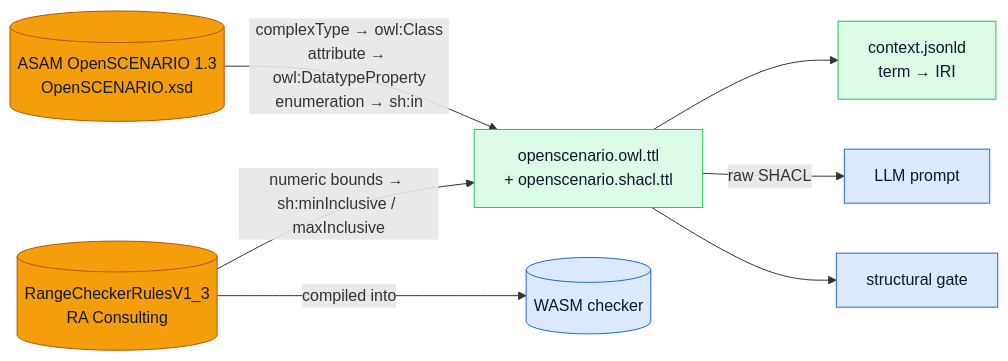
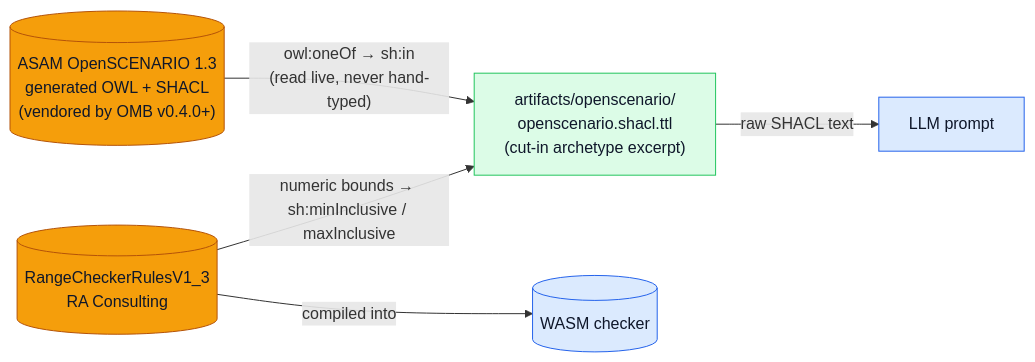
Before and after one commit to ASCS-eV/ontology-based-nl-search: the second of 2 diagrams in apps/docs/slides/authoring.md, drawn with Mermaid. The commit also changed other lines of this file and 36 other files, not shown here.

First line of the commit message:
feat: update ontology model to OMB v0.4.0, ground authoring in real OpenDRIVE/OpenSCENARIO ontologies (#208)

````diff
--- a/apps/docs/slides/authoring.md
+++ b/apps/docs/slides/authoring.md
@@ -165,17 +165,15 @@
 ```mermaid
 flowchart LR
-    XSD[("ASAM OpenSCENARIO 1.3<br/>OpenSCENARIO.xsd")]:::src
+    OWL[("ASAM OpenSCENARIO 1.3<br/>generated OWL + SHACL<br/>(vendored by OMB v0.4.0+)")]:::src
     RCR[("RangeCheckerRulesV1_3<br/>RA Consulting")]:::src
-    XSD -->|"complexType → owl:Class<br/>attribute → owl:DatatypeProperty<br/>enumeration → sh:in"| ONT["openscenario.owl.ttl<br/>+ openscenario.shacl.ttl"]
-    RCR -->|"numeric bounds → sh:minInclusive / maxInclusive"| ONT
-    ONT --> CTX["context.jsonld<br/>term → IRI"]
-    ONT -->|raw SHACL| PROMPT["LLM prompt"]
-    ONT --> GATE["structural gate"]
+    OWL -->|"owl:oneOf → sh:in<br/>(read live, never hand-typed)"| ART["artifacts/openscenario/<br/>openscenario.shacl.ttl<br/>(cut-in archetype excerpt)"]
+    RCR -->|"numeric bounds → sh:minInclusive / maxInclusive"| ART
+    ART -->|raw SHACL text| PROMPT["LLM prompt"]
     RCR -->|compiled into| CHECK[("WASM checker")]
 
     classDef src fill:#f59e0b,stroke:#b45309,color:#0f172a;
     classDef d fill:#dcfce7,stroke:#22c55e,color:#0f172a;
     classDef use fill:#dbeafe,stroke:#2563eb,color:#0f172a;
-    class ONT,CTX d;
-    class PROMPT,GATE,CHECK use;
+    class ART d;
+    class PROMPT,CHECK use;
 ```
````
